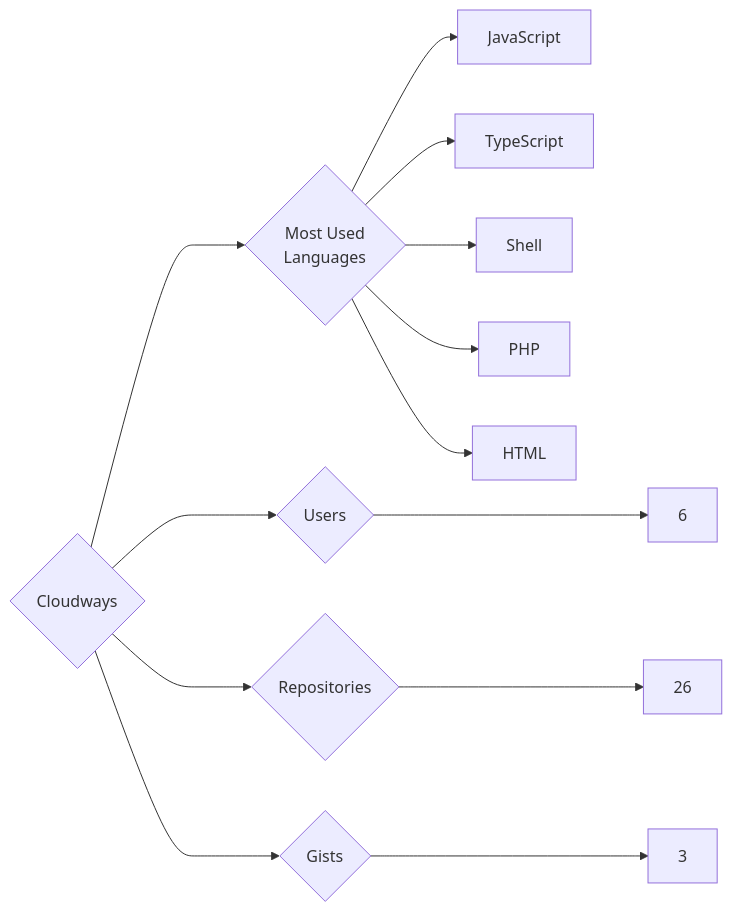
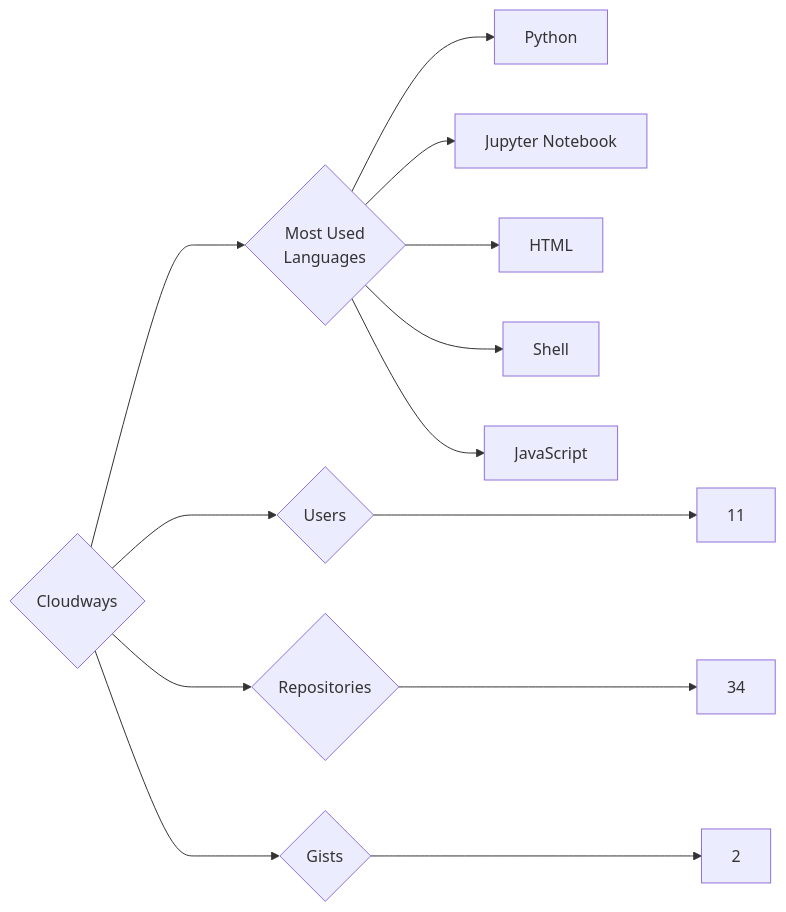
Before and after one commit to trickest/insiders: the diagram in targets/Cloudways/README.md, drawn with Mermaid. The commit also changed 569 other files, not shown here.

````diff
--- a/targets/Cloudways/README.md
+++ b/targets/Cloudways/README.md
@@ -3,13 +3,13 @@
 ```mermaid
 graph LR
 COMPANY_NAME{Cloudways}
-COMPANY_NAME ---> U{Users} ---> UN[6]
-COMPANY_NAME ---> R{Repositories} ---> RN[26]
-COMPANY_NAME ---> G{Gists} ---> GN[3]
+COMPANY_NAME ---> U{Users} ---> UN[11]
+COMPANY_NAME ---> R{Repositories} ---> RN[34]
+COMPANY_NAME ---> G{Gists} ---> GN[2]
 COMPANY_NAME ---> ML{Most Used<br>Languages}
+ML --> Python[Python]
+ML --> Jupyter_Notebook[Jupyter Notebook]
+ML --> HTML[HTML]
+ML --> Shell[Shell]
 ML --> JavaScript[JavaScript]
-ML --> TypeScript[TypeScript]
-ML --> Shell[Shell]
-ML --> PHP[PHP]
-ML --> HTML[HTML]
 ```
````
